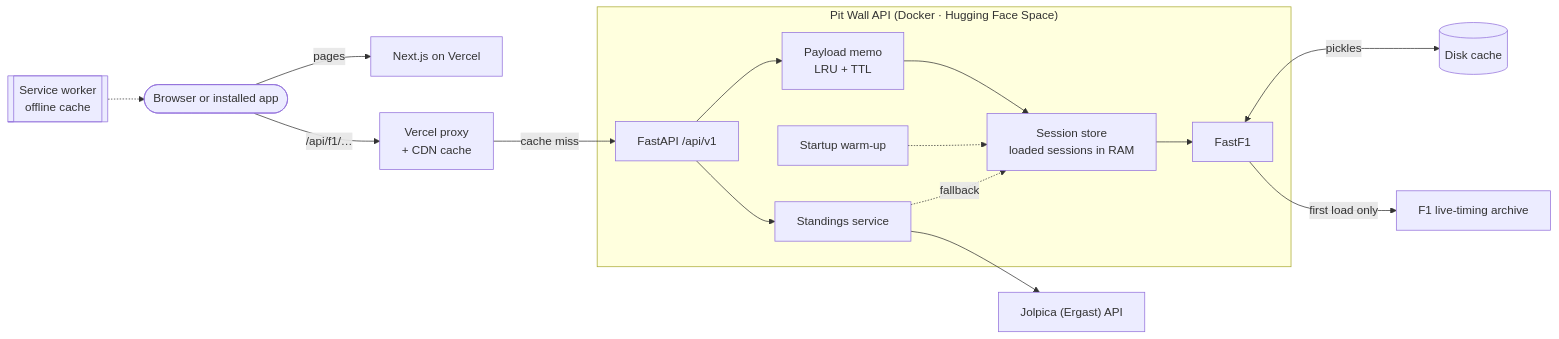
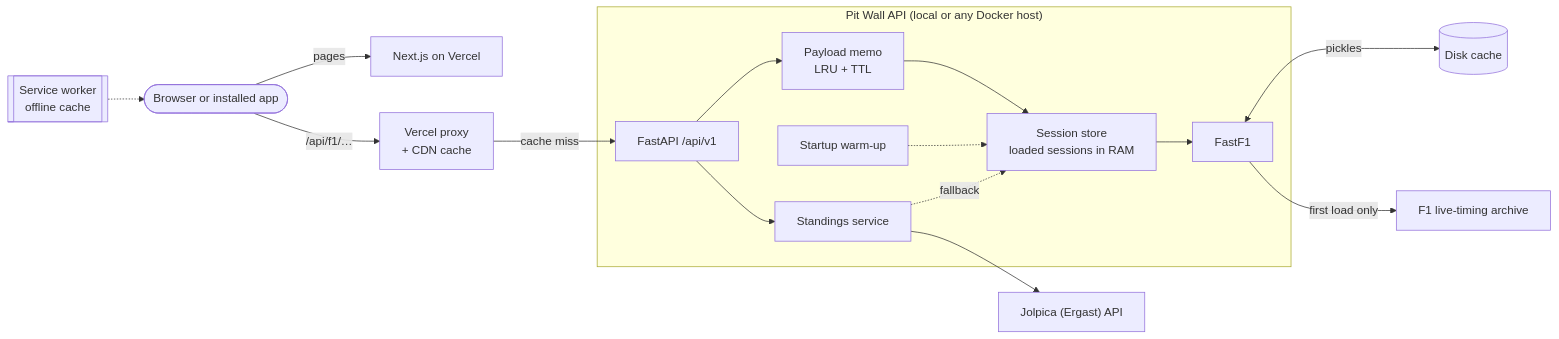
Before and after one commit to ultron513/F1-Telemetry-Dashboard-2025: the first of 4 diagrams in README.md, drawn with Mermaid. The commit also changed other lines of this file and 14 other files, not shown here.

First line of the commit message:
Add free static deployment: pre-computed data on a Hugging Face Dataset

````diff
--- a/README.md
+++ b/README.md
@@ -173,18 +173,18 @@
 ```mermaid
 flowchart LR
     U([Browser or installed app]) -->|"pages"| W["Next.js on Vercel"]
     U -->|"/api/f1/…"| PX["Vercel proxy<br/>+ CDN cache"]
     SW[["Service worker<br/>offline cache"]] -.-> U
     PX -->|"cache miss"| A["FastAPI /api/v1"]
-    subgraph API ["Pit Wall API (Docker · Hugging Face Space)"]
+    subgraph API ["Pit Wall API (local or any Docker host)"]
         A --> P["Payload memo<br/>LRU + TTL"]
         P --> S["Session store<br/>loaded sessions in RAM"]
         S --> F["FastF1"]
         A --> ST["Standings service"]
         WU["Startup warm-up"] -.-> S
     end
     F <-->|"pickles"| C[("Disk cache")]
     F -->|"first load only"| LT["F1 live-timing archive"]
     ST --> J["Jolpica (Ergast) API"]
     ST -. "fallback" .-> S
 ```
````
